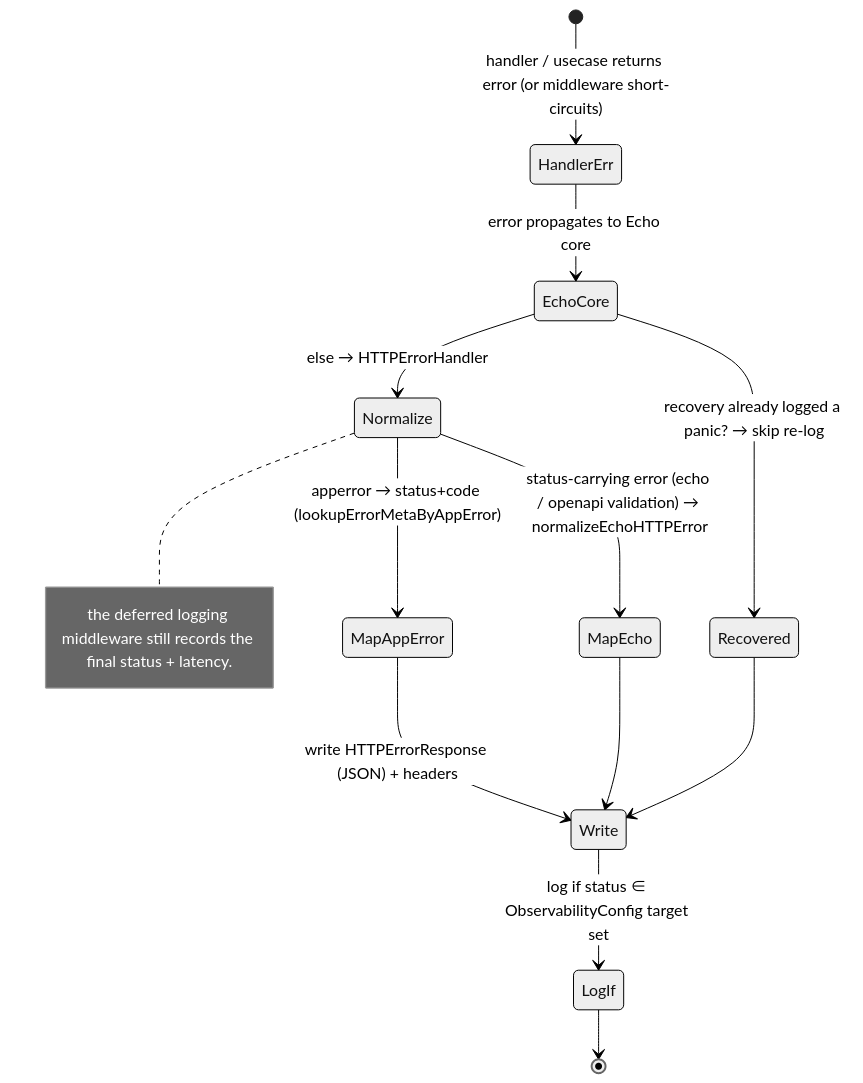
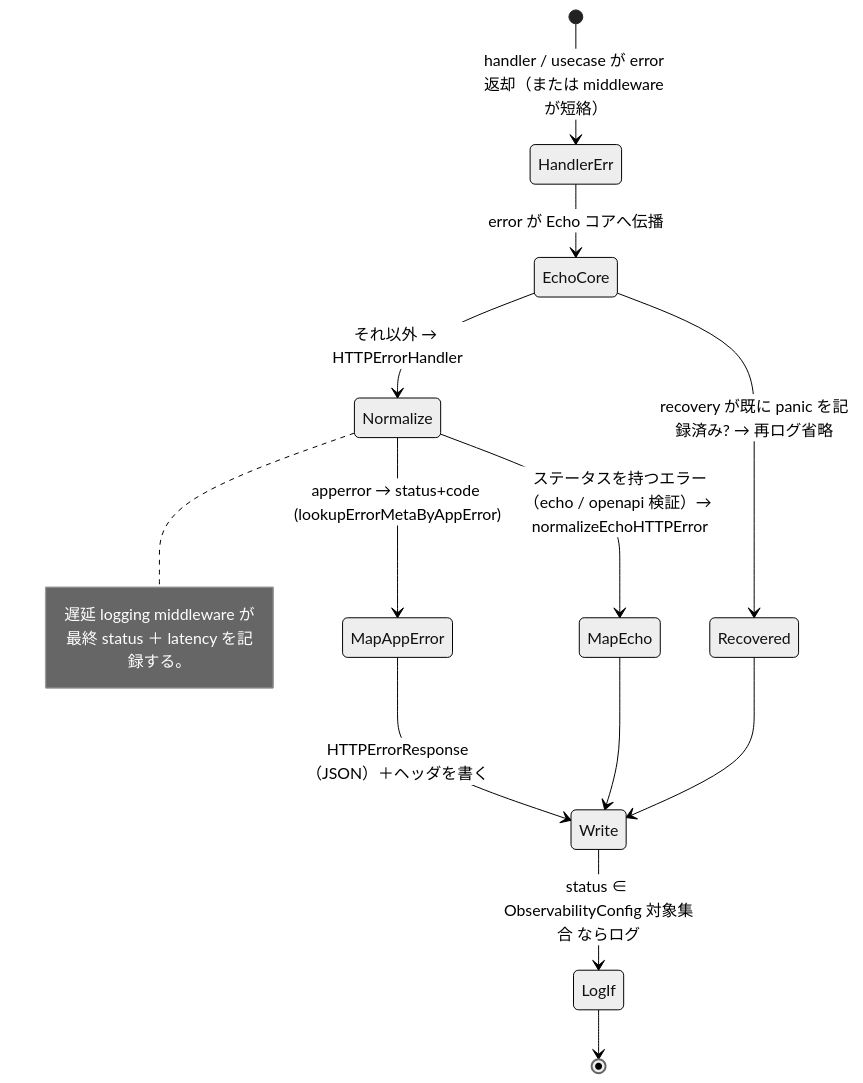
Before and after one commit to Tomy-ch/go-boilerplate: the third of 6 diagrams in docs/design/rest.md, drawn with Mermaid (neutral theme). The commit also changed other lines of this file and 970 other files, not shown here.

````diff
--- a/docs/design/rest.md
+++ b/docs/design/rest.md
@@ -87,18 +87,18 @@
 ```mermaid
 stateDiagram-v2
-    [*] --> HandlerErr: handler / usecase returns error (or middleware short-circuits)
-    HandlerErr --> EchoCore: error propagates to Echo core
-    EchoCore --> Recovered: recovery already logged a panic? → skip re-log
-    EchoCore --> Normalize: else → HTTPErrorHandler
+    [*] --> HandlerErr: handler / usecase が error 返却（または middleware が短絡）
+    HandlerErr --> EchoCore: error が Echo コアへ伝播
+    EchoCore --> Recovered: recovery が既に panic を記録済み? → 再ログ省略
+    EchoCore --> Normalize: それ以外 → HTTPErrorHandler
     Normalize --> MapAppError: apperror → status+code (lookupErrorMetaByAppError)
-    Normalize --> MapEcho: status-carrying error (echo / openapi validation) → normalizeEchoHTTPError
-    MapAppError --> Write: write HTTPErrorResponse (JSON) + headers
+    Normalize --> MapEcho: ステータスを持つエラー（echo / openapi 検証）→ normalizeEchoHTTPError
+    MapAppError --> Write: HTTPErrorResponse（JSON）＋ヘッダを書く
     MapEcho --> Write
-    Write --> LogIf: log if status ∈ ObservabilityConfig target set
+    Write --> LogIf: status ∈ ObservabilityConfig 対象集合 ならログ
     Recovered --> Write
     LogIf --> [*]
 
     note right of Normalize
-      the deferred logging middleware still records the final status + latency.
+      遅延 logging middleware が最終 status ＋ latency を記録する。
     end note
 ```
````
